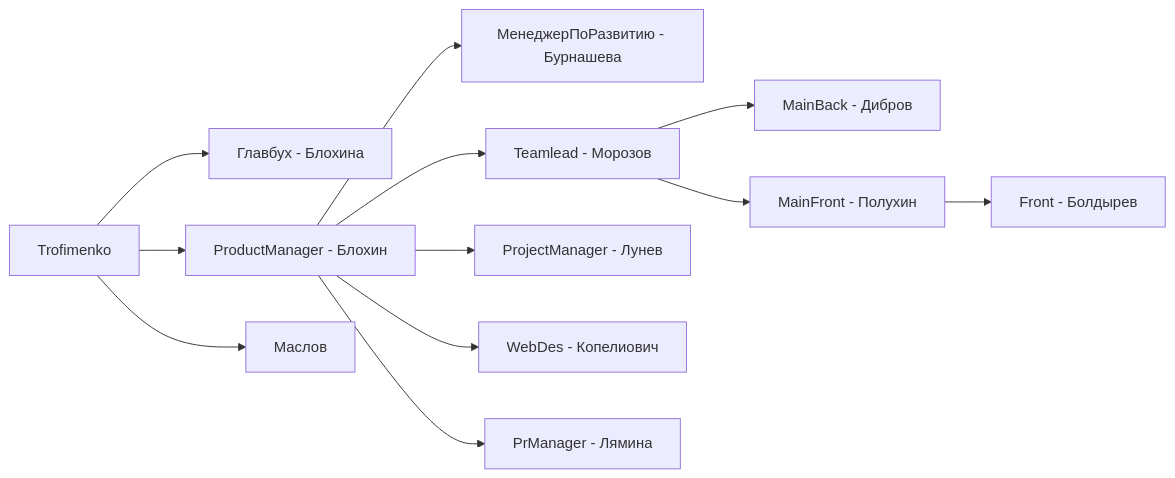
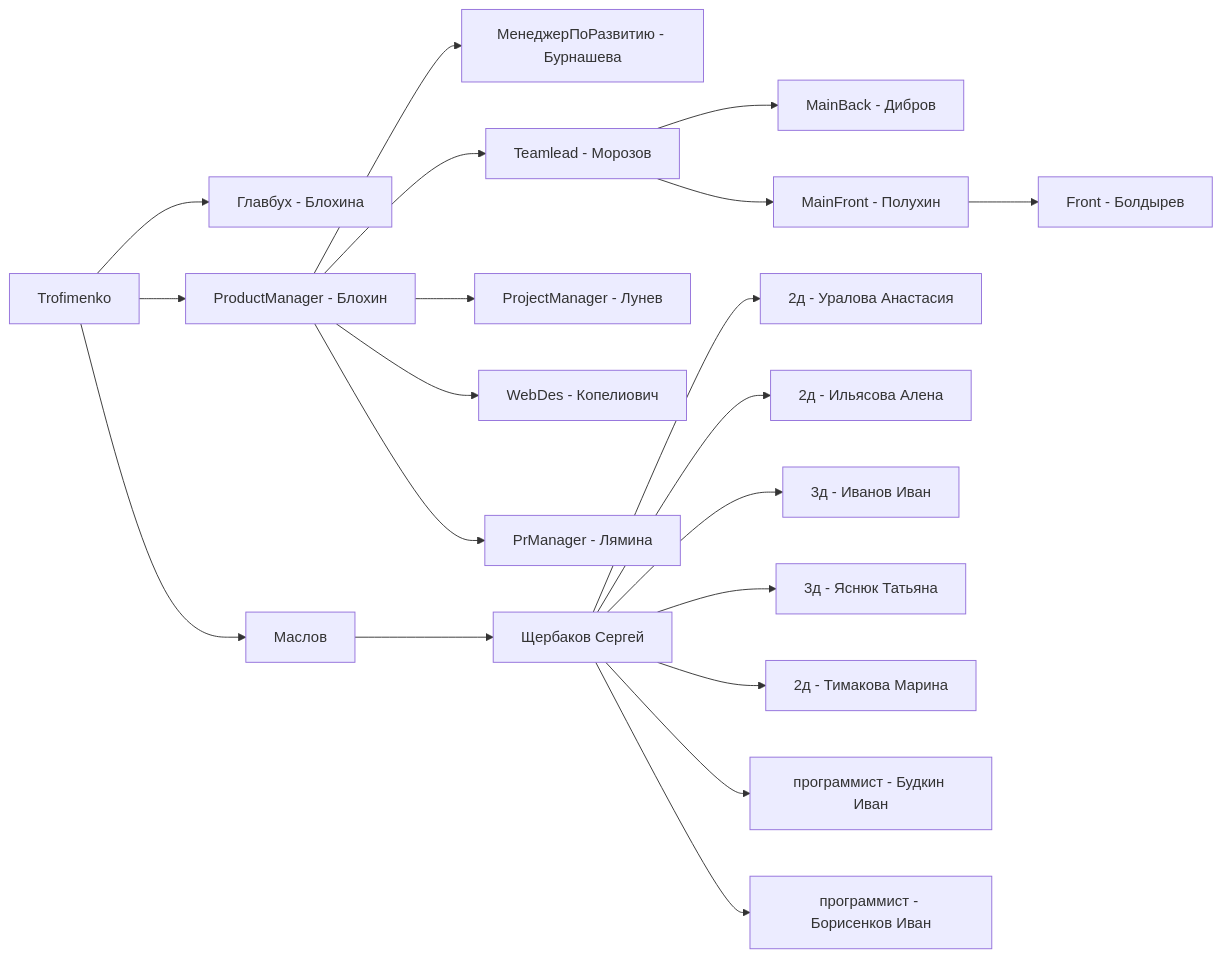
Before and after one commit to timattt/Tmp: the diagram in Articles/CompanyStruct.md, drawn with Mermaid.

````diff
--- a/Articles/CompanyStruct.md
+++ b/Articles/CompanyStruct.md
@@ -1,22 +1,30 @@
 ```mermaid
 flowchart LR
 
 A[Trofimenko]
 
 A --> L[Главбух - Блохина]
 A --> C[ProductManager - Блохин]
 A --> B[Маслов]
 
 C --> M[МенеджерПоРазвитию - Бурнашева]
 C --> D[Teamlead - Морозов]
 C --> E[ProjectManager - Лунев]
 C --> F[WebDes - Копелиович]
 C --> G[PrManager - Лямина]
 
 D --> H[MainBack - Дибров]
 D --> J[MainFront - Полухин]
 J --> K[Front - Болдырев]
 
+B --> AA[Щербаков Сергей]
+AA --> BA[2д - Уралова Анастасия]
+AA --> Bb[2д - Ильясова Алена]
+AA --> Bv[3д - Иванов Иван]
+AA --> Bc[3д - Яснюк Татьяна]
+AA --> Bd[2д - Тимакова Марина]
+AA --> Bf[программист - Будкин Иван]
+AA --> Br[программист - Борисенков Иван]
 
 
 ```
````
